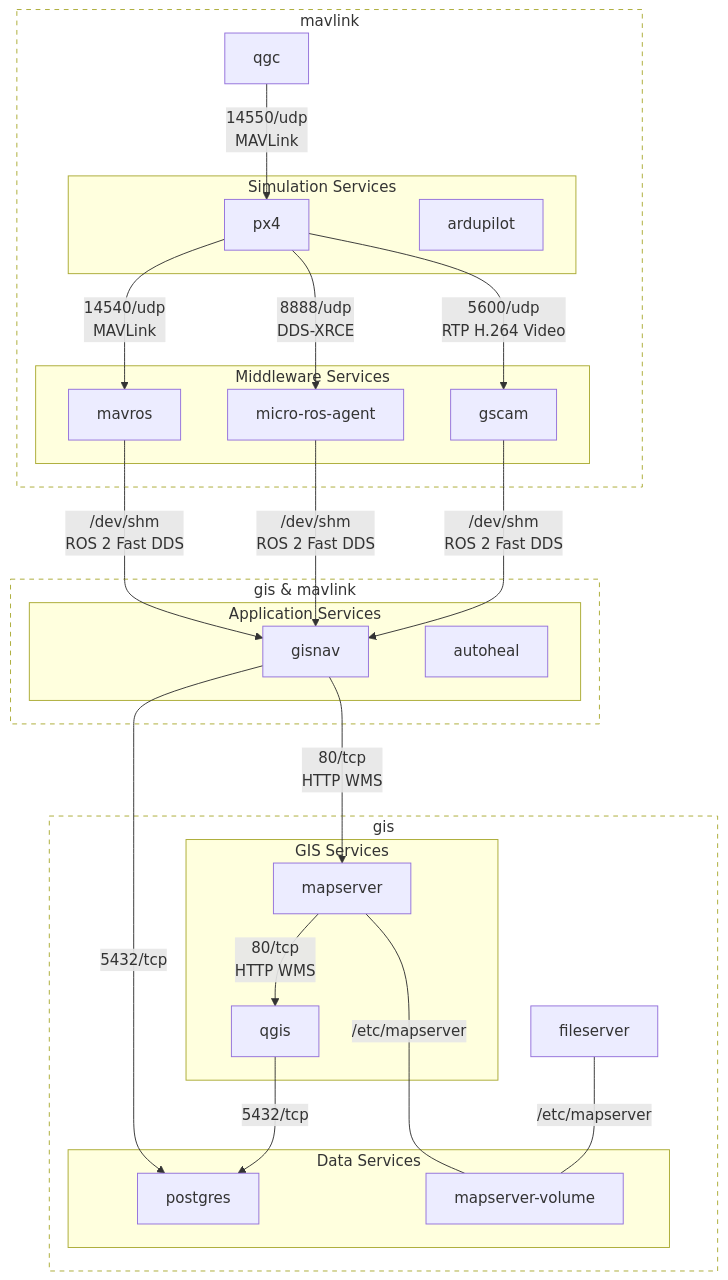
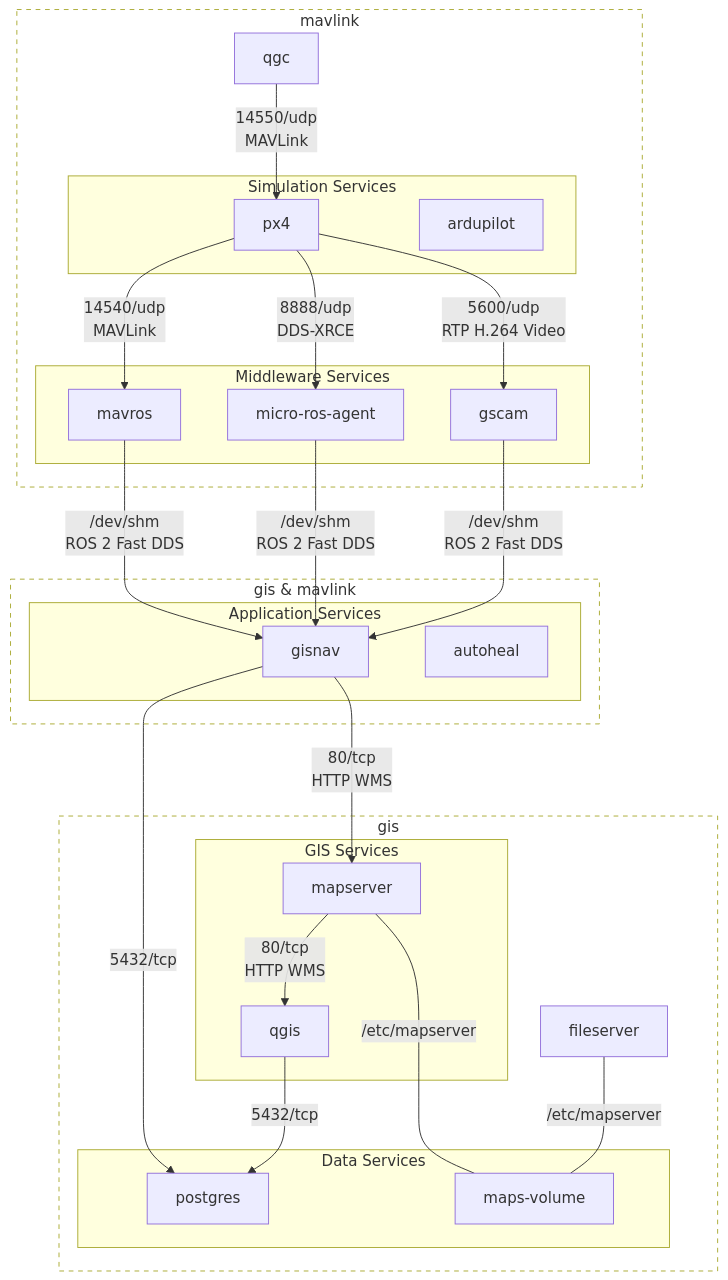
Before and after one commit to hmakelin/gisnav: the diagram in docs/pages/developer_guide/offboard/docker_compose.rst, drawn with Mermaid. The commit also changed other lines of this file and 16 other files, not shown here.

Commit message:
Make mapserver automatically build orthoimagery and dem VRT files from folders on shared volume

```diff
--- a/docs/pages/developer_guide/offboard/docker_compose.rst
+++ b/docs/pages/developer_guide/offboard/docker_compose.rst
@@ -42,52 +46,52 @@
 .. mermaid::
 
     graph TD
         subgraph mavlink ["mavlink"]
             mavlink_qgc[qgc]
             subgraph simulation ["Simulation Services"]
                 simulation_px4[px4]
                 simulation_ardupilot[ardupilot]
             end
             subgraph middleware ["Middleware Services"]
                 middleware_mavros[mavros]
                 middleware_micro_ros_agent[micro-ros-agent]
                 middleware_gscam[gscam]
             end
         end
 
         subgraph gis_mavlink ["gis & mavlink"]
             subgraph application ["Application Services"]
                 application_gisnav[gisnav]
                 application_autoheal[autoheal]
             end
         end
 
         subgraph gis ["gis"]
             subgraph gis_services ["GIS Services"]
                 gis_mapserver[mapserver]
                 gis_qgis[qgis]
             end
             subgraph data_services ["Data Services"]
                 gis_postgres[postgres]
-                gis_mapserver_volume[mapserver-volume]
+                gis_maps_volume[maps-volume]
             end
             gis_fileserver[fileserver]
         end
 
         mavlink_qgc -->|14550/udp\nMAVLink| simulation_px4
         simulation_px4 -->|14540/udp\nMAVLink| middleware_mavros
         simulation_px4 -->|8888/udp\nDDS-XRCE | middleware_micro_ros_agent
         simulation_px4 -->|5600/udp\nRTP H.264 Video| middleware_gscam
         middleware_mavros -->|/dev/shm\nROS 2 Fast DDS| application_gisnav
         middleware_micro_ros_agent -->|/dev/shm\nROS 2 Fast DDS| application_gisnav
         middleware_gscam -->|/dev/shm\nROS 2 Fast DDS| application_gisnav
         application_gisnav -->|5432/tcp| gis_postgres
 
         application_gisnav -->|80/tcp\nHTTP WMS| gis_mapserver
         gis_mapserver -->|80/tcp\nHTTP WMS| gis_qgis
         gis_qgis -->|5432/tcp| gis_postgres
-        gis_mapserver ---|/etc/mapserver| gis_mapserver_volume
-        gis_fileserver ---|/etc/mapserver| gis_mapserver_volume
+        gis_mapserver ---|/etc/mapserver| gis_maps_volume
+        gis_fileserver ---|/etc/mapserver| gis_maps_volume
 
         classDef network fill:transparent,stroke-dasharray:5 5;
         class mavlink,gis,gis_mavlink network
```
